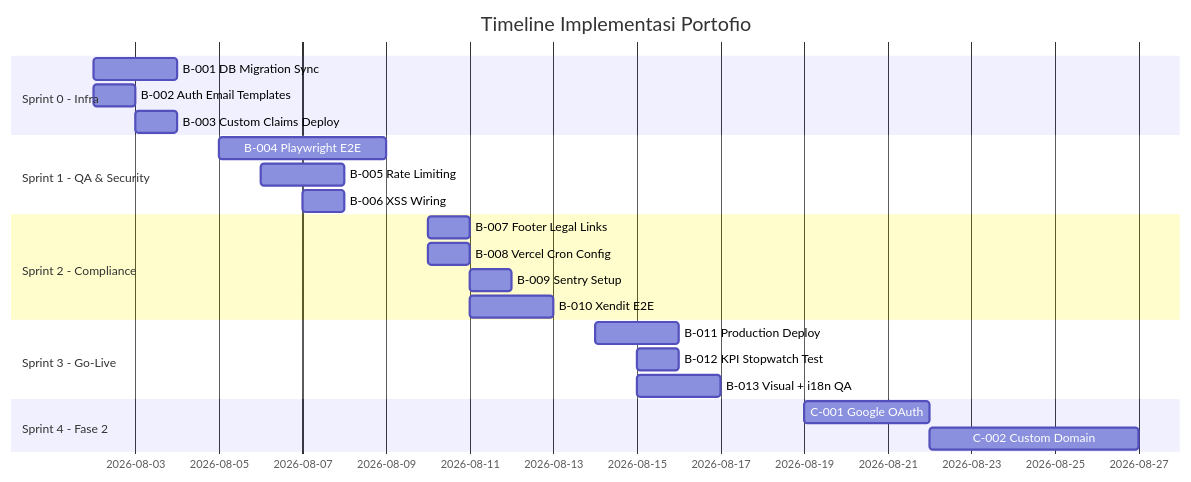
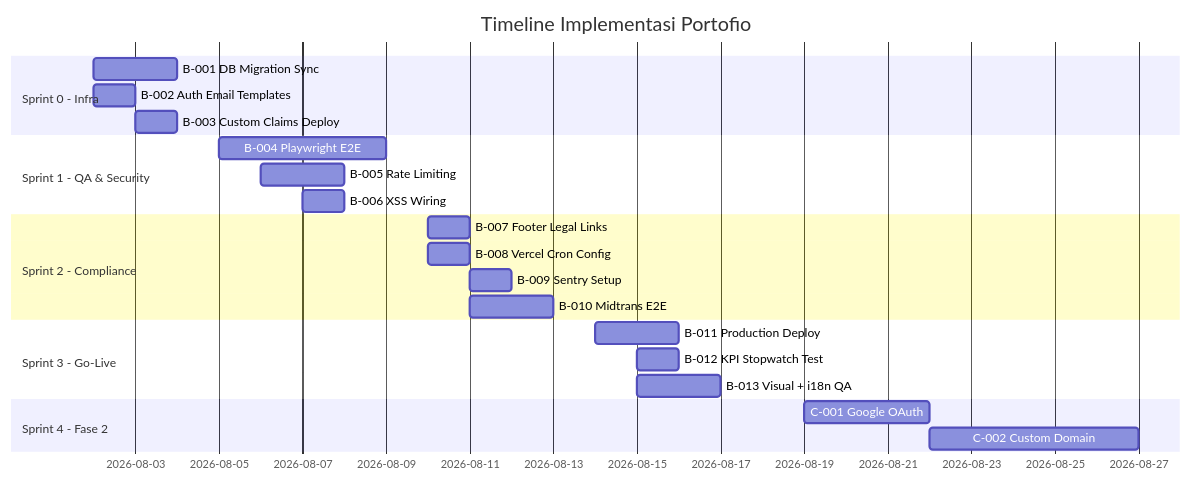
One commit to portofio-official/portofio-saas changed the second of 2 diagrams in docs/IMPLEMENTATION_PLAN.md. Above: the diagram before and after it, drawn with Mermaid. The commit also changed other lines of this file and 7 other files, not shown here.

First line of the commit message:
chore(docs): sync remaining Xendit references to Midtrans billing

````diff
--- a/docs/IMPLEMENTATION_PLAN.md
+++ b/docs/IMPLEMENTATION_PLAN.md
@@ -565,25 +565,25 @@
 ```mermaid
 gantt
     title Timeline Implementasi Portofio
     dateFormat YYYY-MM-DD
     section Sprint 0 - Infra
     B-001 DB Migration Sync           :b001, 2026-08-02, 2d
     B-002 Auth Email Templates        :b002, 2026-08-02, 1d
     B-003 Custom Claims Deploy        :b003, 2026-08-03, 1d
     section Sprint 1 - QA & Security
     B-004 Playwright E2E              :b004, 2026-08-05, 4d
     B-005 Rate Limiting               :b005, 2026-08-06, 2d
     B-006 XSS Wiring                  :b006, 2026-08-07, 1d
     section Sprint 2 - Compliance
     B-007 Footer Legal Links          :b007, 2026-08-10, 1d
     B-008 Vercel Cron Config          :b008, 2026-08-10, 1d
     B-009 Sentry Setup                :b009, 2026-08-11, 1d
-    B-010 Xendit E2E                  :b010, 2026-08-11, 2d
+    B-010 Midtrans E2E                  :b010, 2026-08-11, 2d
     section Sprint 3 - Go-Live
     B-011 Production Deploy           :b011, 2026-08-14, 2d
     B-012 KPI Stopwatch Test          :b012, 2026-08-15, 1d
     B-013 Visual + i18n QA            :b013, 2026-08-15, 2d
     section Sprint 4 - Fase 2
     C-001 Google OAuth                :c001, 2026-08-19, 3d
     C-002 Custom Domain               :c002, 2026-08-22, 5d
 ```
````
